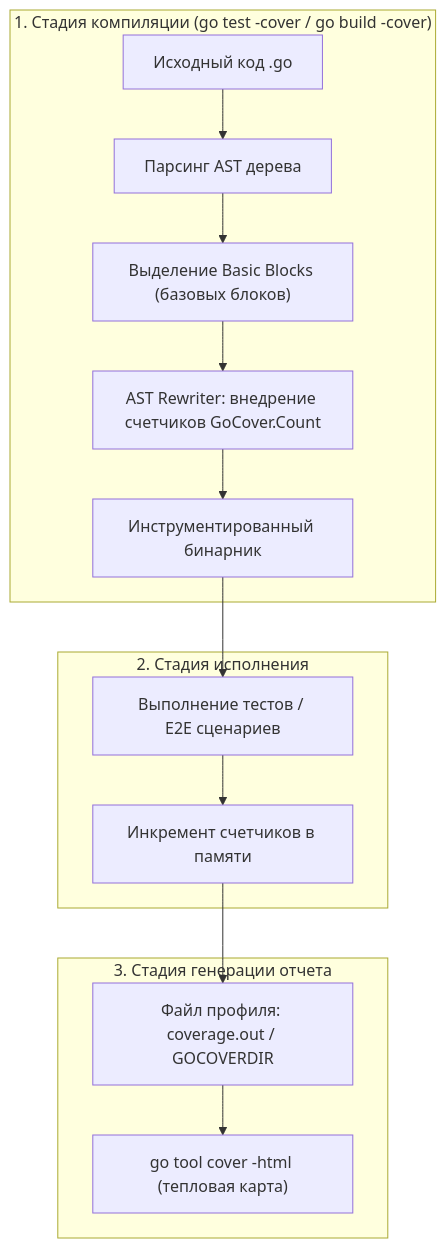
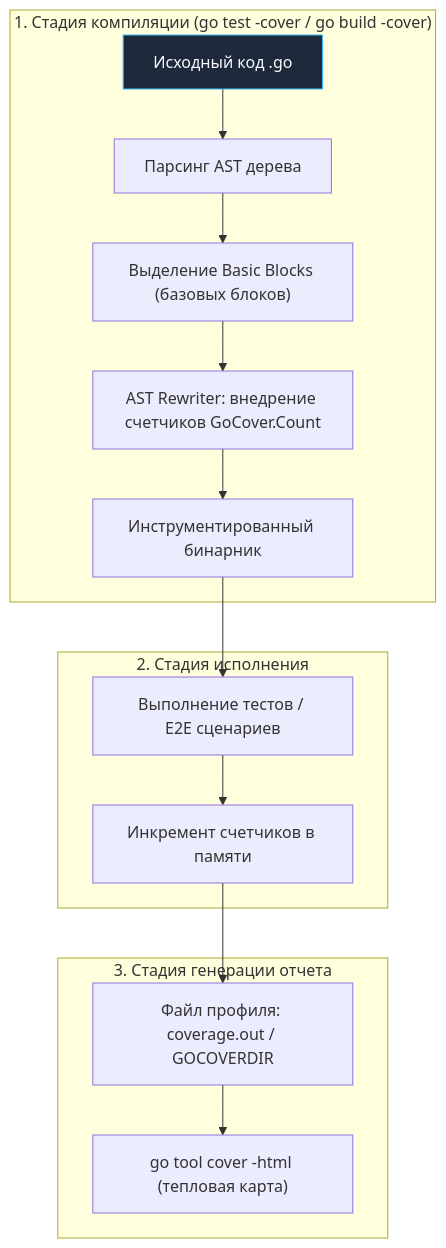
One commit to UnrealTemplier/go-textbook changed the first of 2 diagrams in sources/15. Тестирование в Go (QA & Testing)/10. Практика и CI/5. Test coverage и его ловушки.md. Above: the diagram before and after it, drawn with Mermaid. The commit also changed 1666 other files, not shown here.

First line of the commit message:
feat(mermaid): add semantic color classDef to 1369 colorless flowchart/graph diagrams

````diff
--- a/sources/15. Тестирование в Go (QA & Testing)/10. Практика и CI/5. Test coverage и его ловушки.md
+++ b/sources/15. Тестирование в Go (QA & Testing)/10. Практика и CI/5. Test coverage и его ловушки.md
@@ -12,17 +12,27 @@
 ```mermaid
 flowchart TD
+    classDef process  fill:#1e293b,stroke:#38bdf8,stroke-width:1px,color:#f8fafc
+    classDef success  fill:#064e3b,stroke:#34d399,stroke-width:1px,color:#f8fafc
+    classDef error    fill:#7f1d1d,stroke:#f87171,stroke-width:1px,color:#f8fafc
+    classDef warning  fill:#78350f,stroke:#fbbf24,stroke-width:1px,color:#f8fafc
+    classDef entry    fill:#1e3a5f,stroke:#38bdf8,stroke-width:2px,color:#f8fafc
+    classDef aux      fill:#334155,stroke:#64748b,stroke-width:1px,color:#f8fafc
+    classDef system   fill:#312e81,stroke:#a78bfa,stroke-width:1px,color:#f8fafc
+    classDef data     fill:#132d29,stroke:#2dd4bf,stroke-width:1px,color:#f8fafc
+    classDef network  fill:#881337,stroke:#fb7185,stroke-width:1px,color:#f8fafc
+    classDef accent   fill:#1e1b4b,stroke:#818cf8,stroke-width:1px,color:#f8fafc
     subgraph Compile["1. Стадия компиляции (go test -cover / go build -cover)"]
-        Src["Исходный код .go"] --> AST["Парсинг AST дерева"]
+        Src["Исходный код .go"]:::process --> AST["Парсинг AST дерева"]
         AST --> Blocks["Выделение Basic Blocks (базовых блоков)"]
         Blocks --> Rewriter["AST Rewriter: внедрение счетчиков GoCover.Count"]
         Rewriter --> Bin["Инструментированный бинарник"]
     end
     subgraph Runtime["2. Стадия исполнения"]
         Bin --> Exec["Выполнение тестов / E2E сценариев"]
         Exec --> Counters["Инкремент счетчиков в памяти"]
     end
     subgraph Reports["3. Стадия генерации отчета"]
         Counters --> Profile["Файл профиля: coverage.out / GOCOVERDIR"]
         Profile --> HTML["go tool cover -html (тепловая карта)"]
     end
 ```
````
